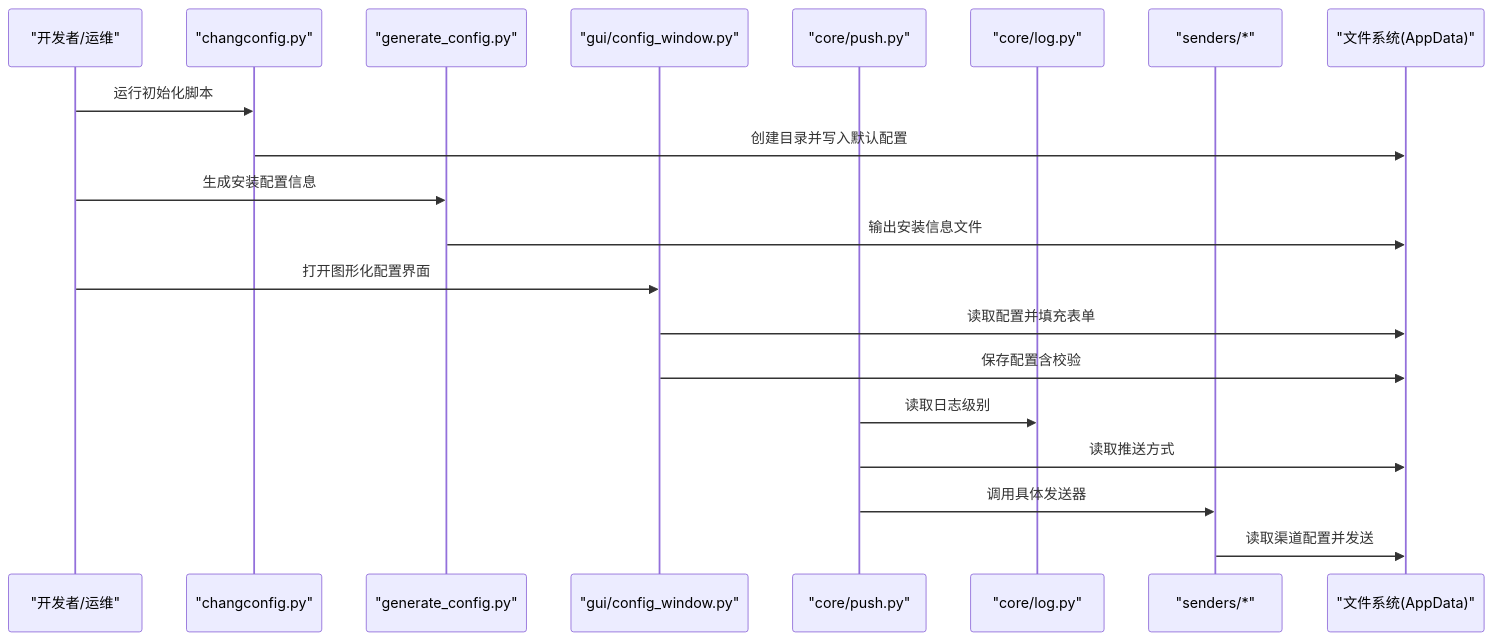
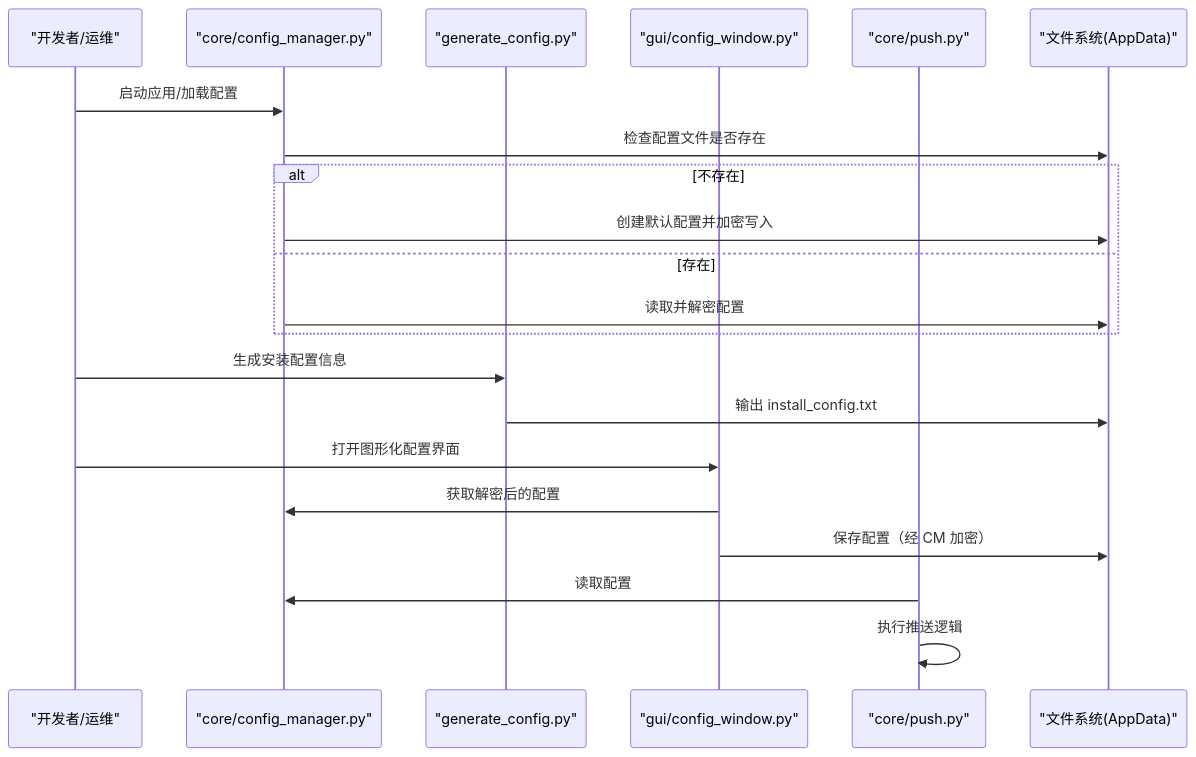
Before and after one commit to pjnt9372/Capture_Push: the second of 3 diagrams in .wiki/zh/content/开发者工具/配置管理工具.md, drawn with Mermaid. The commit also changed other lines of this file and 37 other files, not shown here.

````diff
--- a/.wiki/zh/content/开发者工具/配置管理工具.md
+++ b/.wiki/zh/content/开发者工具/配置管理工具.md
@@ -121,22 +115,24 @@
 ```mermaid
 sequenceDiagram
 participant Dev as "开发者/运维"
-participant Init as "changconfig.py"
+participant CM as "core/config_manager.py"
 participant Gen as "generate_config.py"
 participant GUI as "gui/config_window.py"
 participant Push as "core/push.py"
-participant Log as "core/log.py"
-participant Sender as "senders/*"
 participant FS as "文件系统(AppData)"
-Dev->>Init : 运行初始化脚本
-Init->>FS : 创建目录并写入默认配置
+
+Dev->>CM : 启动应用/加载配置
+CM->>FS : 检查配置文件是否存在
+alt 不存在
+    CM->>FS : 创建默认配置并加密写入
+else 存在
+    CM->>FS : 读取并解密配置
+end
 Dev->>Gen : 生成安装配置信息
-Gen->>FS : 输出安装信息文件
+Gen->>FS : 输出 install_config.txt
 Dev->>GUI : 打开图形化配置界面
-GUI->>FS : 读取配置并填充表单
-GUI->>FS : 保存配置含校验
-Push->>Log : 读取日志级别
-Push->>FS : 读取推送方式
-Push->>Sender : 调用具体发送器
-Sender->>FS : 读取渠道配置并发送
+GUI->>CM : 获取解密后的配置
+GUI->>FS : 保存配置（经 CM 加密）
+Push->>CM : 读取配置
+Push->>Push : 执行推送逻辑
 ```
````
